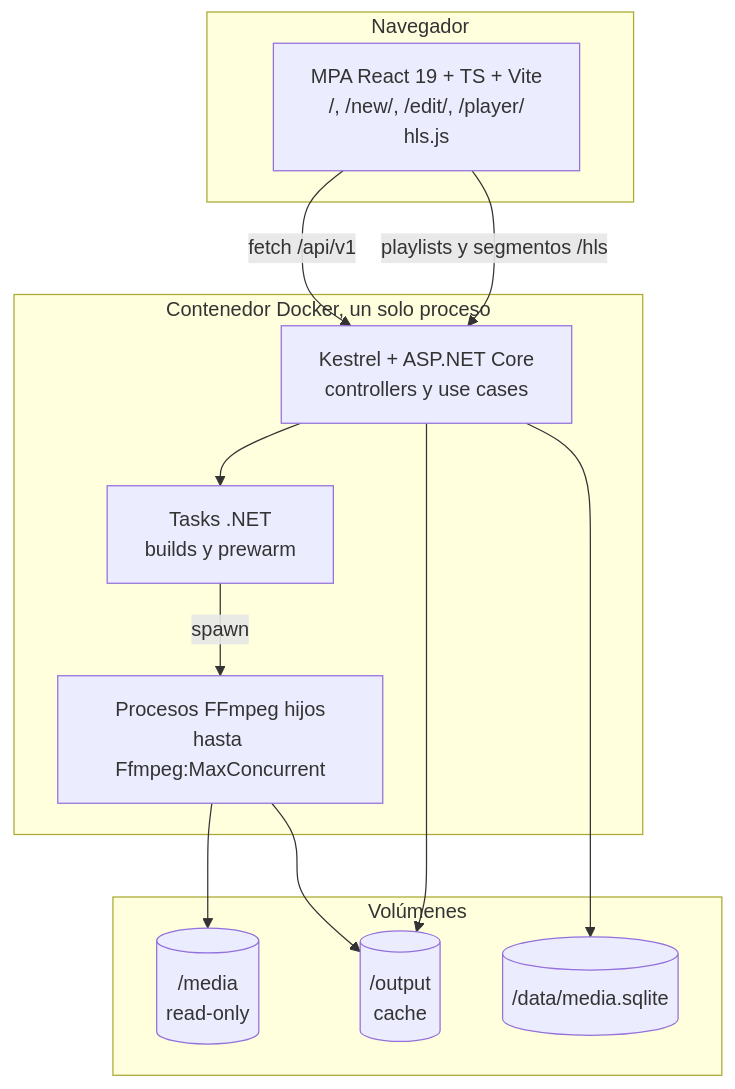
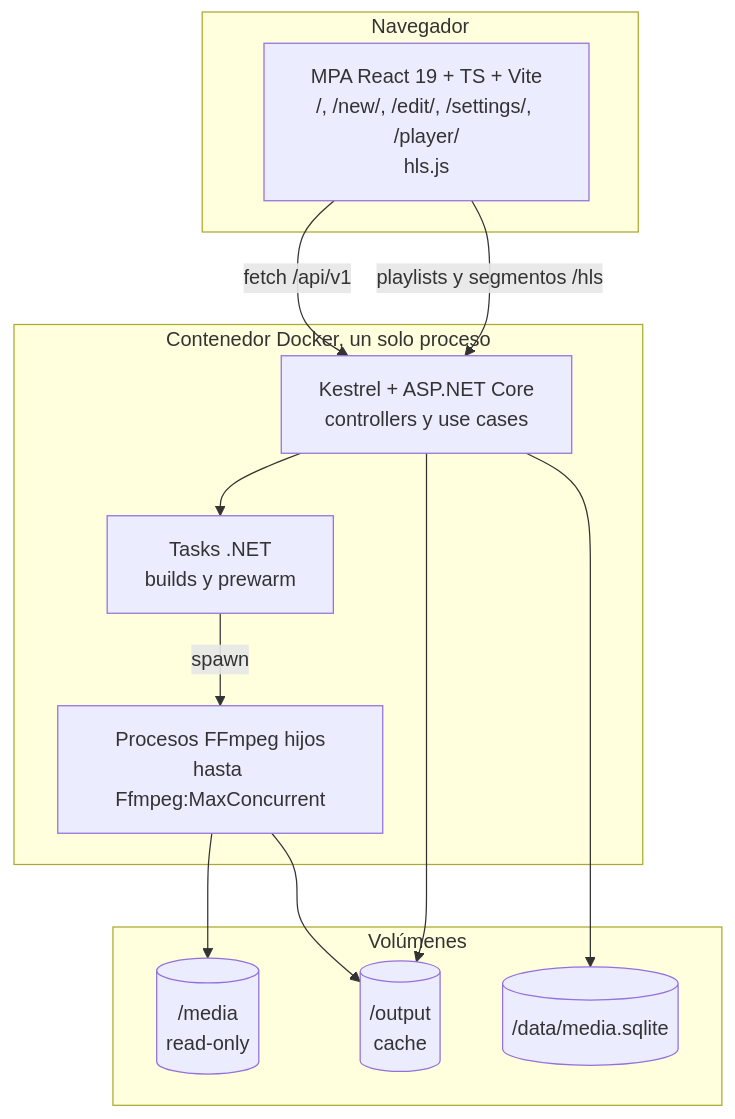
One commit to Juan045/home-stream-app changed the second of 15 diagrams in system_arquitecture.md. Above: the diagram before and after it, drawn with Mermaid. The commit also changed other lines of this file and 44 other files, not shown here.

````diff
--- a/system_arquitecture.md
+++ b/system_arquitecture.md
@@ -80,27 +80,27 @@
 ```mermaid
 flowchart TB
     subgraph nav["Navegador"]
-        MPA["MPA React 19 + TS + Vite<br/>/, /new/, /edit/, /player/<br/>hls.js"]
+        MPA["MPA React 19 + TS + Vite<br/>/, /new/, /edit/, /settings/, /player/<br/>hls.js"]
     end
 
     subgraph docker["Contenedor Docker, un solo proceso"]
         KES["Kestrel + ASP.NET Core<br/>controllers y use cases"]
         TASKS["Tasks .NET<br/>builds y prewarm"]
         PROC["Procesos FFmpeg hijos<br/>hasta Ffmpeg:MaxConcurrent"]
     end
 
     subgraph vol["Volúmenes"]
         MR[("/media<br/>read-only")]
         OUT[("/output<br/>cache")]
         DATA[("/data/media.sqlite")]
     end
 
     MPA -->|"fetch /api/v1"| KES
     MPA -->|"playlists y segmentos /hls"| KES
     KES --> TASKS
     TASKS -->|"spawn"| PROC
     PROC --> MR
     PROC --> OUT
     KES --> OUT
     KES --> DATA
 ```
````
